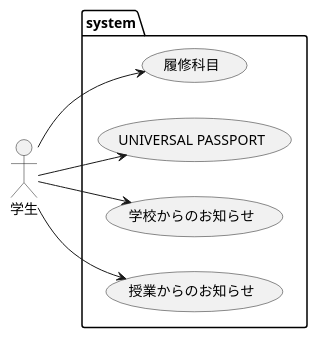
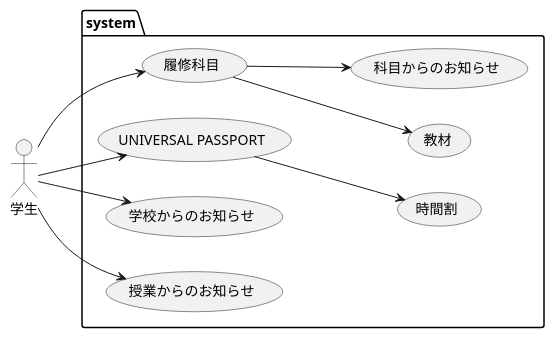
One commit to WithUSTAYBuddies/10th-assignment changed the diagram in usecase.pu. Above: the diagram before and after it, drawn with PlantUML.

Commit message:
時間割、教材、教科からのお知らせを追記

```diff
--- a/usecase.pu
+++ b/usecase.pu
@@ -1,13 +1,19 @@
 @startuml
 left to right direction
 package system{
     usecase "履修科目" as f1
     usecase "UNIVERSAL PASSPORT" as f2
     usecase "学校からのお知らせ"as f3
     usecase "授業からのお知らせ"as f4
+    usecase "時間割" as f5
+    usecase "教材" as f6
+    usecase "科目からのお知らせ" as f7
 }
 :学生:-->(f1)
 :学生:-->(f2)
 :学生:-->(f3)
 :学生:-->(f4)
+:f2:-->(f5)
+:f1:-->(f6)
+:f1:-->(f7)
 @enduml
```
